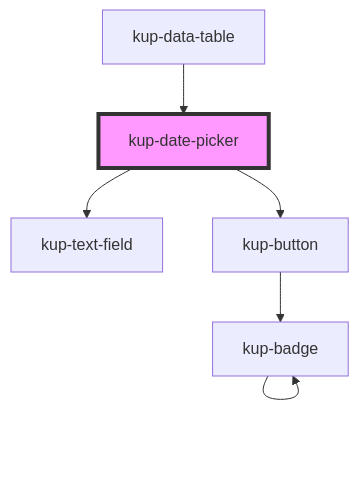
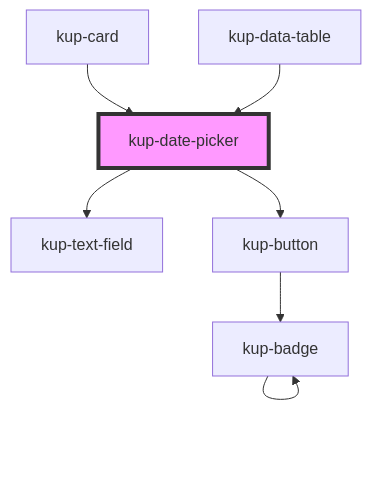
The diagram in packages/ketchup/src/components/kup-date-picker/readme.md (smeup/ketchup), drawn with Mermaid before and after one commit. The commit also changed other lines of this file and 11 other files, not shown here.

````diff
--- a/packages/ketchup/src/components/kup-date-picker/readme.md
+++ b/packages/ketchup/src/components/kup-date-picker/readme.md
@@ -87,9 +88,10 @@
 ```mermaid
 graph TD;
   kup-date-picker --> kup-text-field
   kup-date-picker --> kup-button
   kup-button --> kup-badge
   kup-badge --> kup-badge
+  kup-card --> kup-date-picker
   kup-data-table --> kup-date-picker
   style kup-date-picker fill:#f9f,stroke:#333,stroke-width:4px
 ```
````
